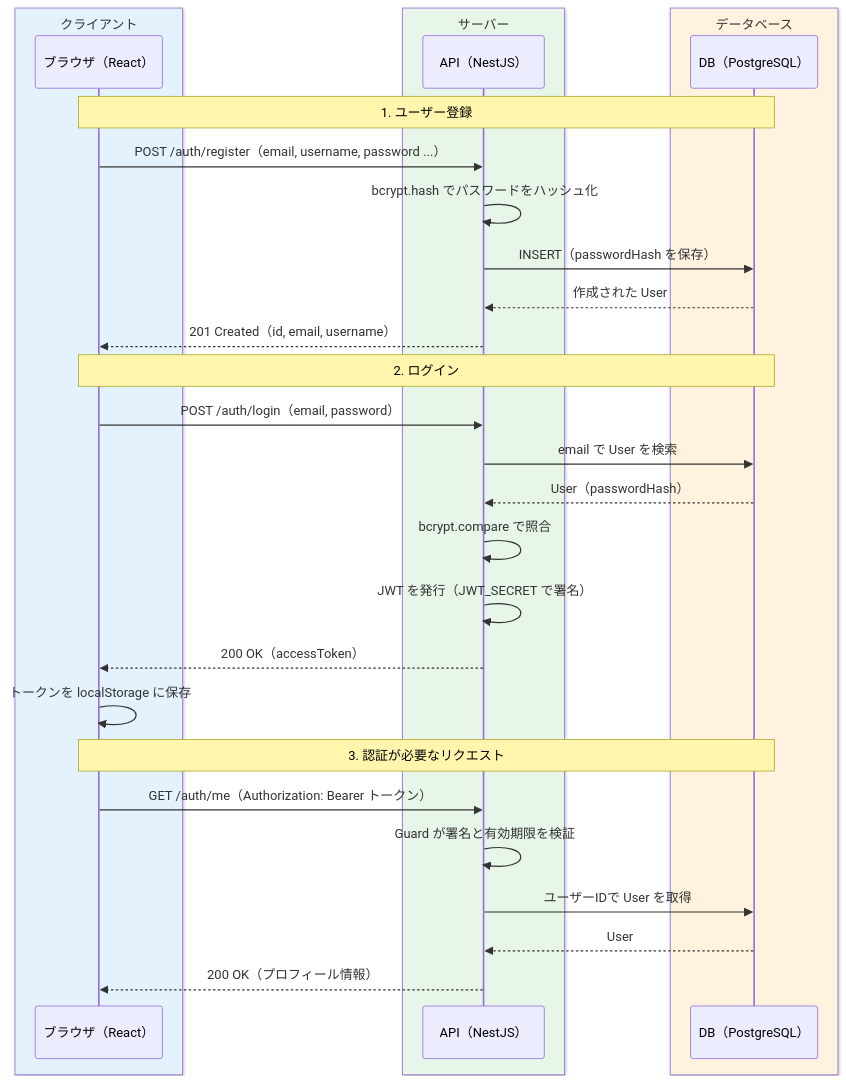
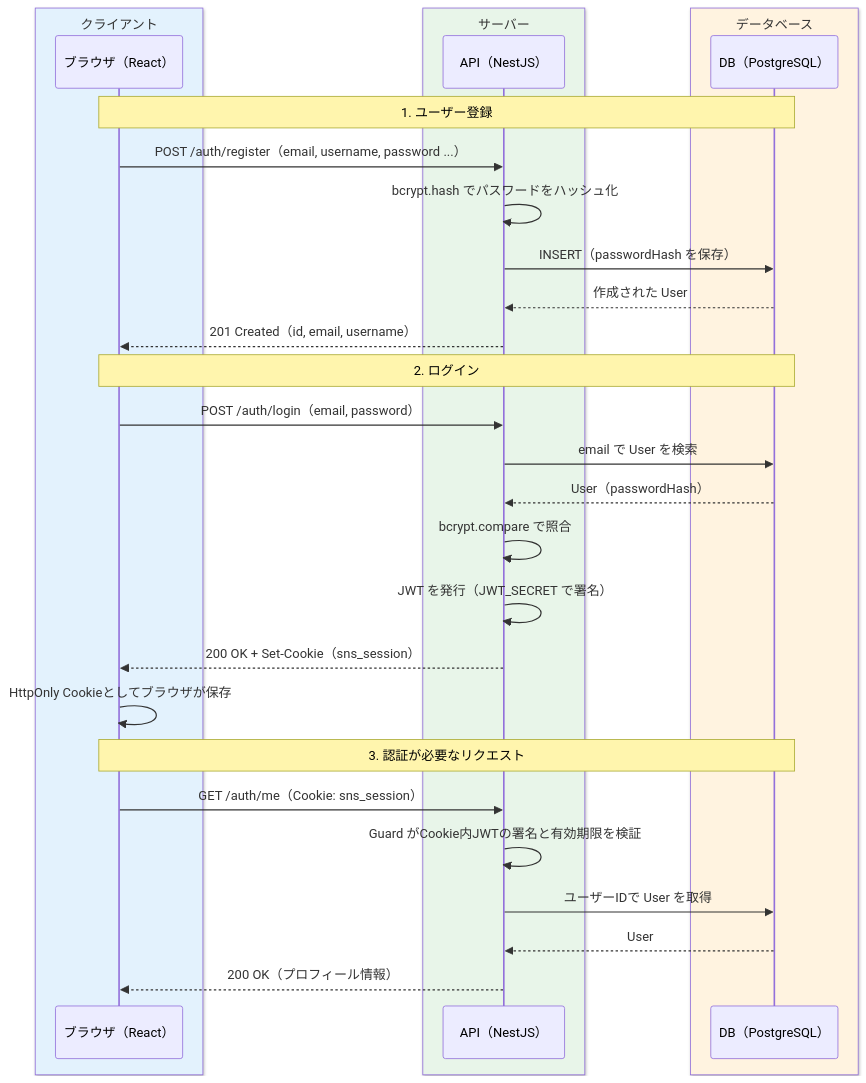
One commit to dik-ab/school-curriculum-platform changed the second of 3 diagrams in cloudflare-site/src/content/docs/sns/auth.md. Above: the diagram before and after it, drawn with Mermaid. The commit also changed other lines of this file, not shown here.

Commit message:
docs: align sns auth with cookie implementation

````diff
--- a/cloudflare-site/src/content/docs/sns/auth.md
+++ b/cloudflare-site/src/content/docs/sns/auth.md
@@ -215,35 +215,35 @@
 ```mermaid
 sequenceDiagram
     box rgb(227, 242, 253) クライアント
     participant C as ブラウザ（React）
     end
     box rgb(232, 245, 233) サーバー
     participant A as API（NestJS）
     end
     box rgb(255, 243, 224) データベース
     participant D as DB（PostgreSQL）
     end
 
     Note over C,D: 1. ユーザー登録
     C->>A: POST /auth/register（email, username, password ...）
     A->>A: bcrypt.hash でパスワードをハッシュ化
     A->>D: INSERT（passwordHash を保存）
     D-->>A: 作成された User
     A-->>C: 201 Created（id, email, username）
 
     Note over C,D: 2. ログイン
     C->>A: POST /auth/login（email, password）
     A->>D: email で User を検索
     D-->>A: User（passwordHash）
     A->>A: bcrypt.compare で照合
     A->>A: JWT を発行（JWT_SECRET で署名）
-    A-->>C: 200 OK（accessToken）
-    C->>C: トークンを localStorage に保存
+    A-->>C: 200 OK + Set-Cookie（sns_session）
+    C->>C: HttpOnly Cookieとしてブラウザが保存
 
     Note over C,D: 3. 認証が必要なリクエスト
-    C->>A: GET /auth/me（Authorization: Bearer トークン）
-    A->>A: Guard が署名と有効期限を検証
+    C->>A: GET /auth/me（Cookie: sns_session）
+    A->>A: Guard がCookie内JWTの署名と有効期限を検証
     A->>D: ユーザーIDで User を取得
     D-->>A: User
     A-->>C: 200 OK（プロフィール情報）
 ```
````
